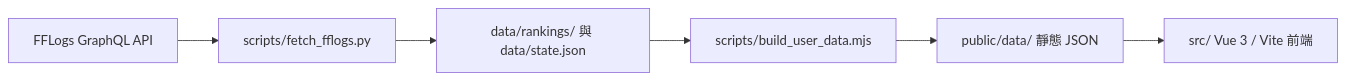
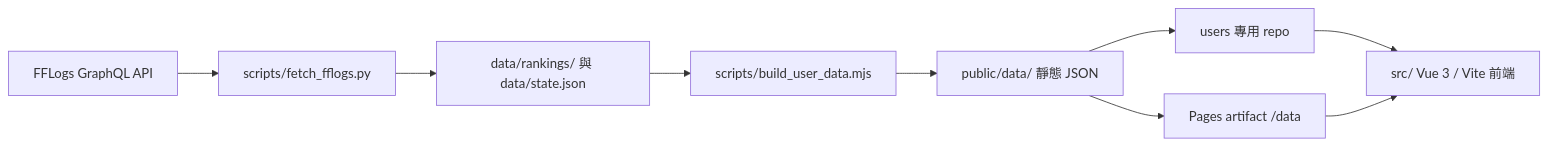
The diagram in docs/architecture.md (Kantai235/Final-Fantasy-XIV-Ranking-for-TC), drawn with Mermaid before and after one commit. The commit also changed other lines of this file and 18 other files, not shown here.

````diff
--- a/docs/architecture.md
+++ b/docs/architecture.md
@@ -5,8 +5,11 @@
 ```mermaid
 flowchart LR
   FFLogs["FFLogs GraphQL API"] --> Fetch["scripts/fetch_fflogs.py"]
   Fetch --> Source["data/rankings/ 與 data/state.json"]
   Source --> Builder["scripts/build_user_data.mjs"]
   Builder --> Public["public/data/ 靜態 JSON"]
-  Public --> Vue["src/ Vue 3 / Vite 前端"]
+  Public --> UserRepo["users 專用 repo"]
+  Public --> PagesData["Pages artifact /data"]
+  UserRepo --> Vue["src/ Vue 3 / Vite 前端"]
+  PagesData --> Vue
 ```
````
